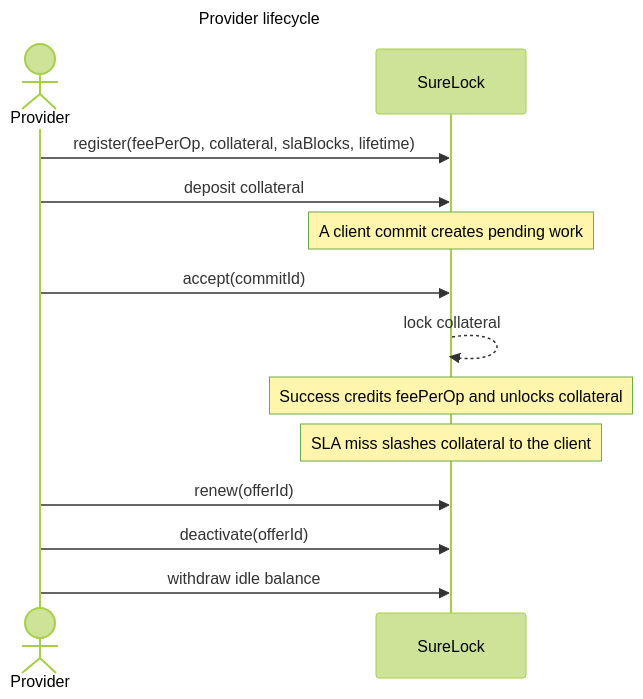
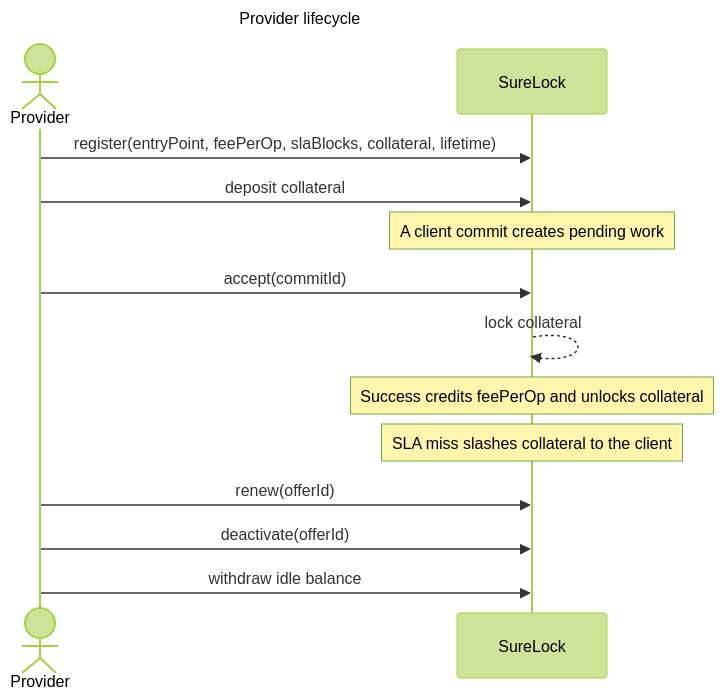
One commit to surelock-labs/surelock changed the first of 5 diagrams in docs/PROTOCOL.md. Above: the diagram before and after it, drawn with Mermaid (forest theme). The commit also changed other lines of this file and 5 other files, not shown here.

Commit message:
add entryPoint to offer

````diff
--- a/docs/PROTOCOL.md
+++ b/docs/PROTOCOL.md
@@ -23,17 +24,17 @@
 ```mermaid
 sequenceDiagram
     title Provider lifecycle
     actor Provider
     participant SureLock
 
-    Provider->>SureLock: register(feePerOp, collateral, slaBlocks, lifetime)
+    Provider->>SureLock: register(entryPoint, feePerOp, slaBlocks, collateral, lifetime)
     Provider->>SureLock: deposit collateral
     Note over SureLock: A client commit creates pending work
     Provider->>SureLock: accept(commitId)
     SureLock-->>SureLock: lock collateral
     Note over SureLock: Success credits feePerOp and unlocks collateral
     Note over SureLock: SLA miss slashes collateral to the client
     Provider->>SureLock: renew(offerId)
     Provider->>SureLock: deactivate(offerId)
     Provider->>SureLock: withdraw idle balance
 ```
````
